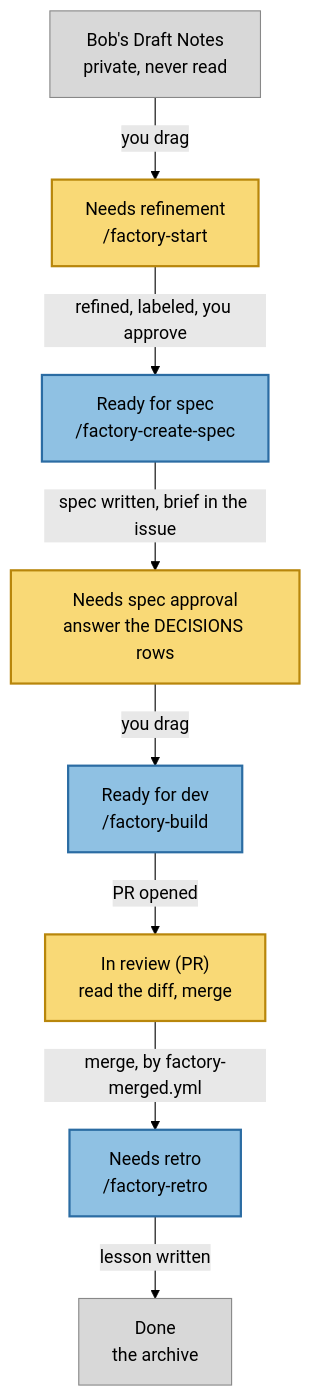
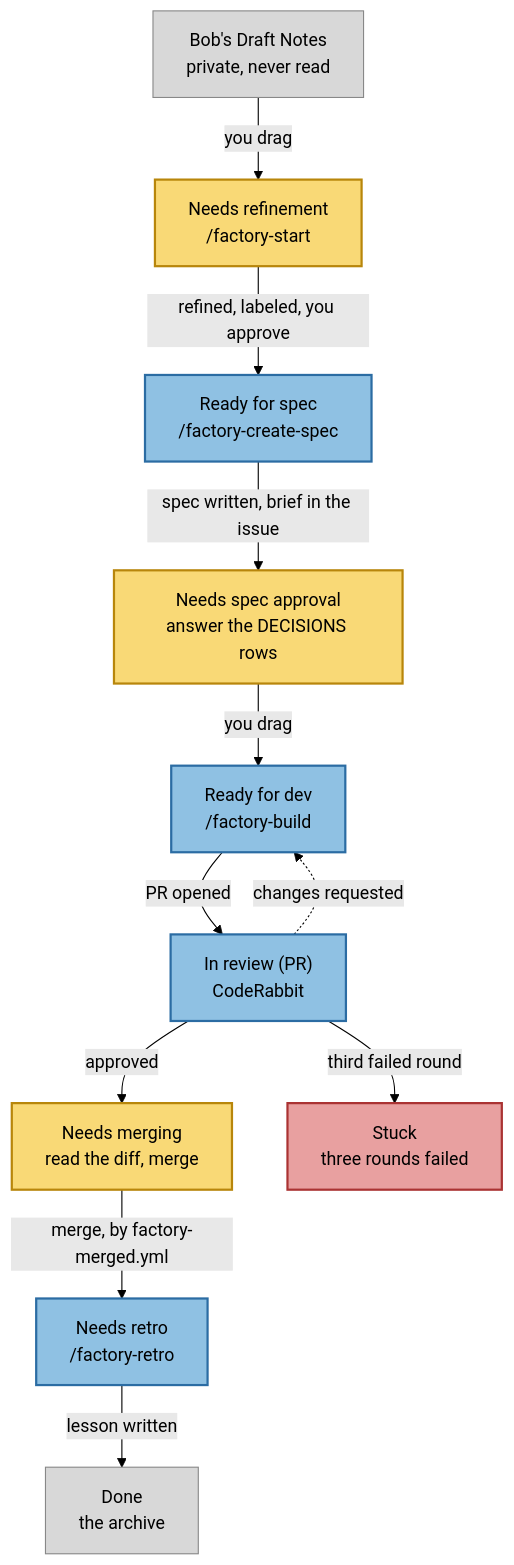
Before and after one commit to BobDempsey/software-factory: the diagram in docs/architecture.md, drawn with Mermaid (forest theme). The commit also changed other lines of this file and 9 other files, not shown here.

First line of the commit message:
Give CodeRabbit the review column, and add a circuit breaker

````diff
--- a/docs/architecture.md
+++ b/docs/architecture.md
@@ -10,28 +10,35 @@
 ```mermaid
 flowchart TD
     classDef you fill:#f9d976,stroke:#b8860b,stroke-width:2px,color:#000
     classDef agent fill:#8fc1e3,stroke:#2b6ca3,stroke-width:2px,color:#000
     classDef quiet fill:#d8d8d8,stroke:#888,stroke-width:1px,color:#000
+    classDef stuck fill:#e8a0a0,stroke:#a33,stroke-width:2px,color:#000
 
     DRAFT["Bob's Draft Notes<br/>private, never read"]
     REFINE["Needs refinement<br/>/factory-start"]
     SPEC["Ready for spec<br/>/factory-create-spec"]
     APPROVE["Needs spec approval<br/>answer the DECISIONS rows"]
     DEV["Ready for dev<br/>/factory-build"]
-    REVIEW["In review (PR)<br/>read the diff, merge"]
+    REVIEW["In review (PR)<br/>CodeRabbit"]
+    MERGE["Needs merging<br/>read the diff, merge"]
     RETRO["Needs retro<br/>/factory-retro"]
+    STUCK["Stuck<br/>three rounds failed"]
     DONE["Done<br/>the archive"]
 
     DRAFT -->|you drag| REFINE
     REFINE -->|refined, labeled, you approve| SPEC
     SPEC -->|spec written, brief in the issue| APPROVE
     APPROVE -->|you drag| DEV
     DEV -->|PR opened| REVIEW
-    REVIEW -->|merge, by factory-merged.yml| RETRO
+    REVIEW -->|approved| MERGE
+    REVIEW -.->|changes requested| DEV
+    REVIEW -->|third failed round| STUCK
+    MERGE -->|merge, by factory-merged.yml| RETRO
     RETRO -->|lesson written| DONE
 
     class DRAFT quiet
-    class REFINE,APPROVE,REVIEW you
-    class SPEC,DEV,RETRO agent
+    class REFINE,APPROVE,MERGE you
+    class SPEC,DEV,REVIEW,RETRO agent
+    class STUCK stuck
     class DONE quiet
 ```
````
